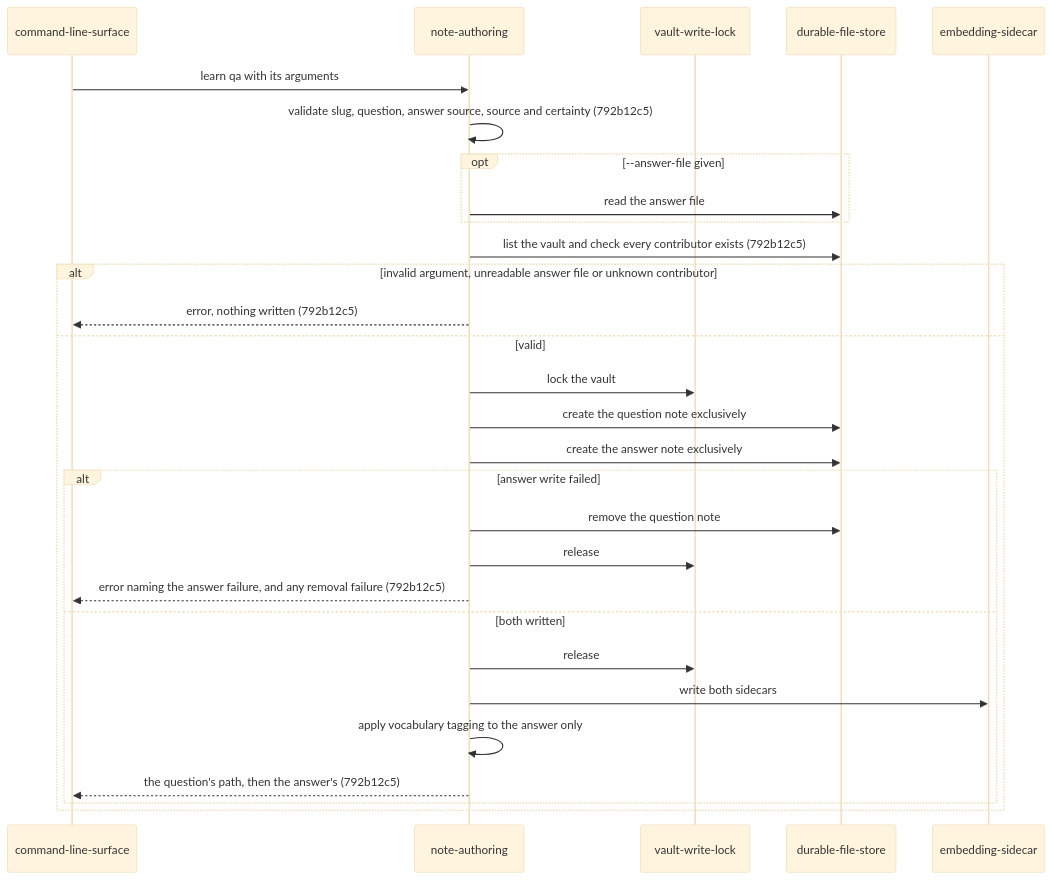
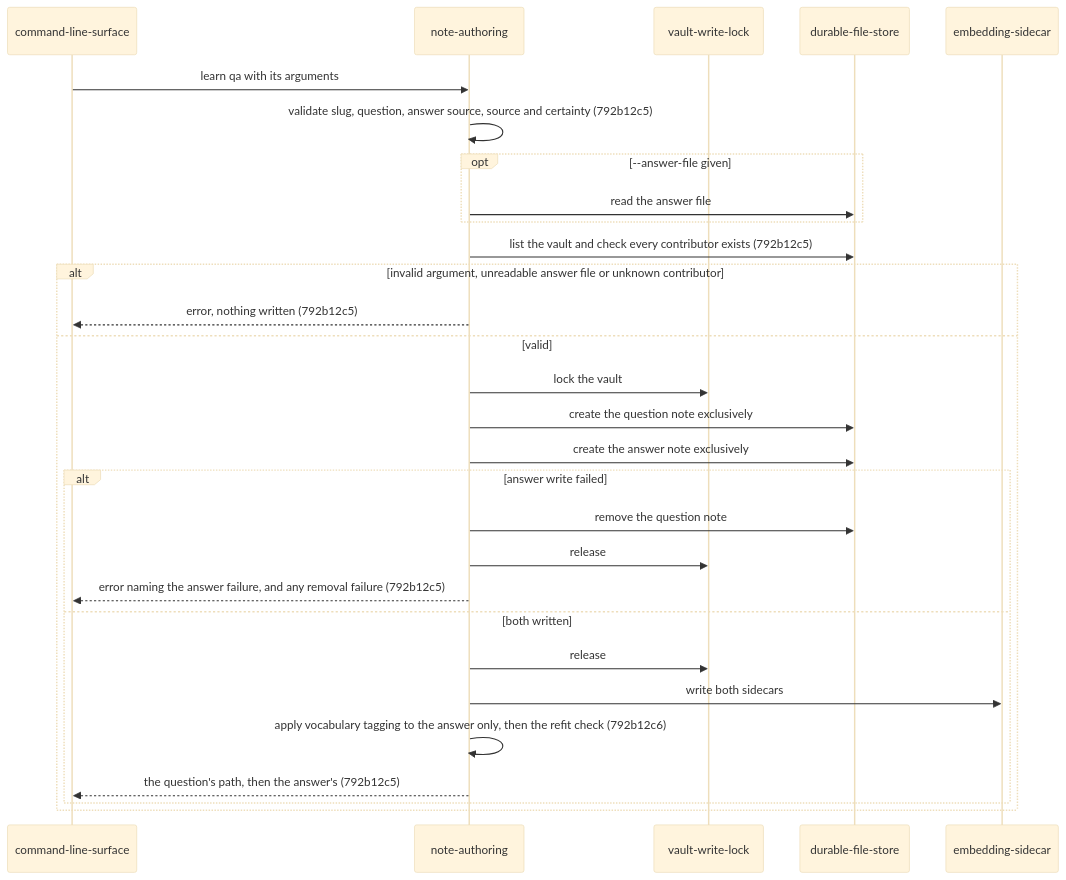
Diagram 12 of 20 in docs/changes/792_documentation-framework-adoption/792b_technical-spec.md (toejough/engram), drawn with Mermaid (base theme) before and after one commit. The commit also changed other lines of this file and 14 other files, not shown here.

````diff
--- a/docs/changes/792_documentation-framework-adoption/792b_technical-spec.md
+++ b/docs/changes/792_documentation-framework-adoption/792b_technical-spec.md
@@ -3656,31 +3743,31 @@
 ```mermaid
 sequenceDiagram
   participant CLI as command-line-surface
   participant Author as note-authoring
   participant Lock as vault-write-lock
   participant Store as durable-file-store
   participant Sidecar as embedding-sidecar
   CLI->>Author: learn qa with its arguments
   Author->>Author: validate slug, question, answer source, source and certainty (792b12c5)
   opt --answer-file given
     Author->>Store: read the answer file
   end
   Author->>Store: list the vault and check every contributor exists (792b12c5)
   alt invalid argument, unreadable answer file or unknown contributor
     Author-->>CLI: error, nothing written (792b12c5)
   else valid
     Author->>Lock: lock the vault
     Author->>Store: create the question note exclusively
     Author->>Store: create the answer note exclusively
     alt answer write failed
       Author->>Store: remove the question note
       Author->>Lock: release
       Author-->>CLI: error naming the answer failure, and any removal failure (792b12c5)
     else both written
       Author->>Lock: release
       Author->>Sidecar: write both sidecars
-      Author->>Author: apply vocabulary tagging to the answer only
+      Author->>Author: apply vocabulary tagging to the answer only, then the refit check (792b12c6)
       Author-->>CLI: the question's path, then the answer's (792b12c5)
     end
   end
 ```
````
